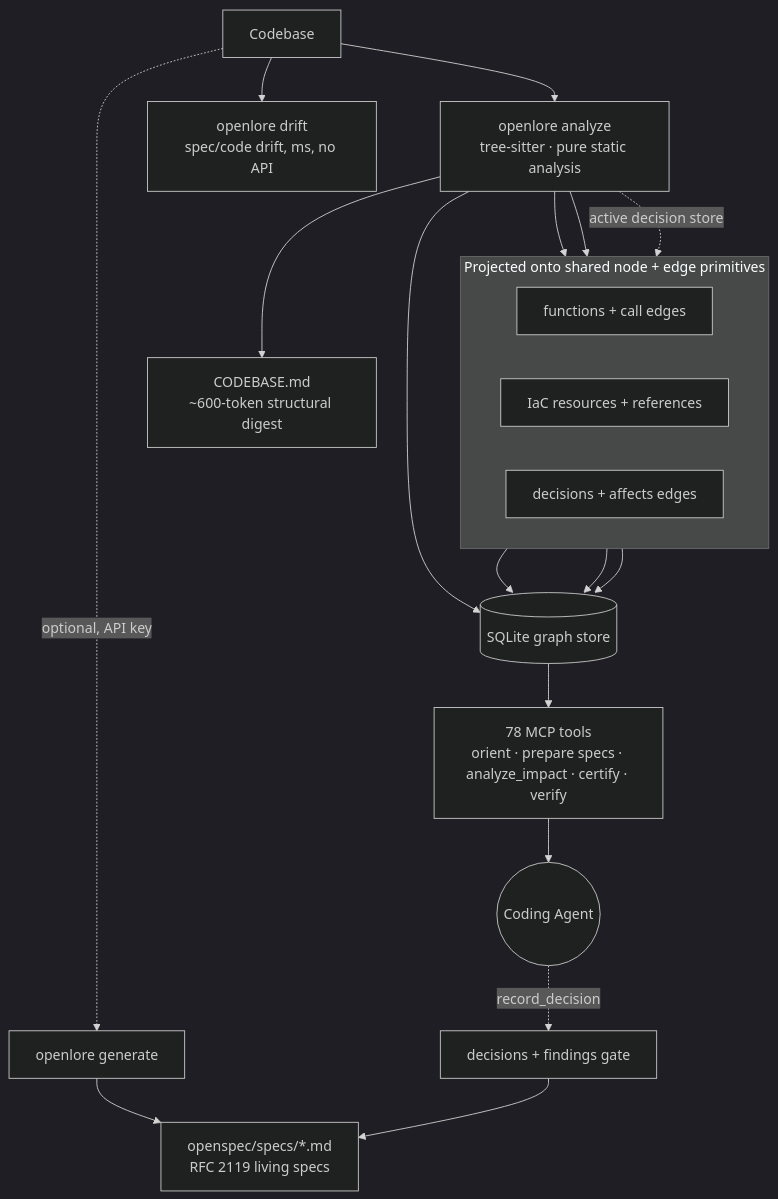
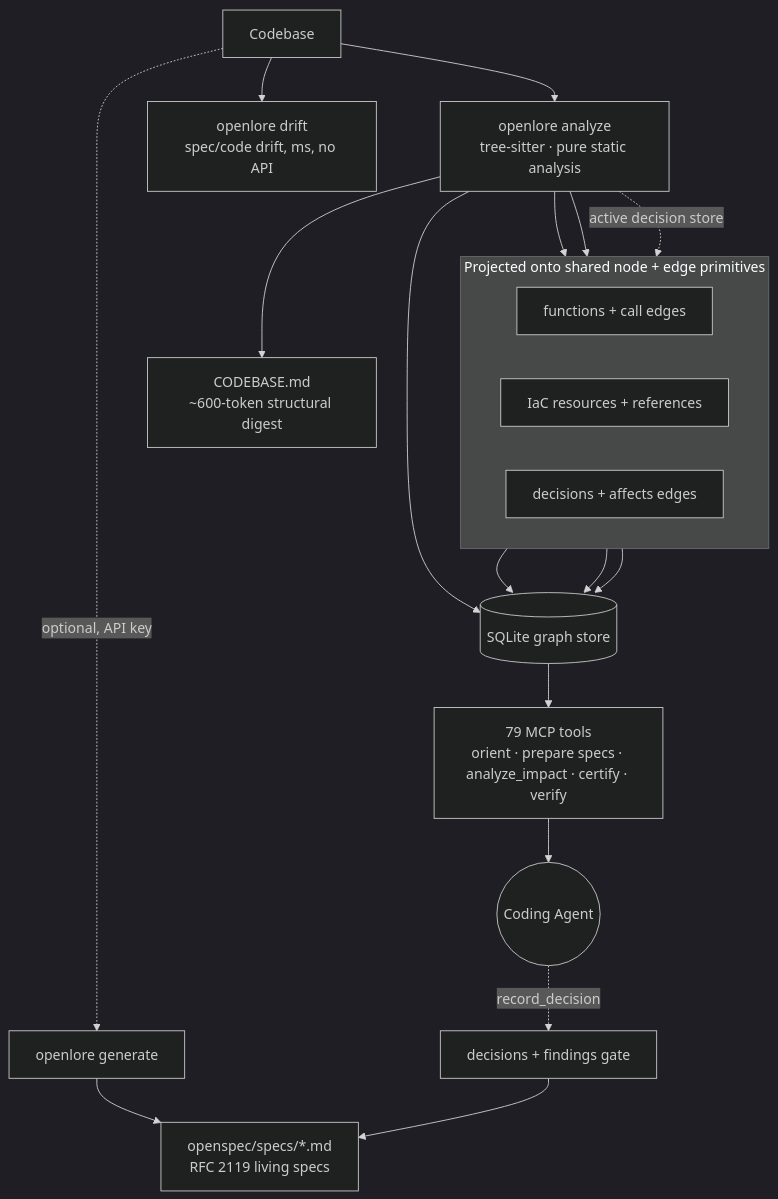
One commit to clay-good/OpenLore changed the diagram in README.md. Above: the diagram before and after it, drawn with Mermaid (dark theme). The commit also changed other lines of this file and 20 other files, not shown here.

````diff
--- a/README.md
+++ b/README.md
@@ -299,28 +299,28 @@
 ```mermaid
 flowchart TD
     Code[Codebase] --> Analyze[openlore analyze<br/>tree-sitter · pure static analysis]
     Analyze --> DB[(SQLite graph store)]
     Analyze --> Digest[CODEBASE.md<br/>~600-token structural digest]
 
     subgraph shared["Projected onto shared node + edge primitives"]
       direction LR
       CodeNodes[functions + call edges]
       Iac[IaC resources + references]
       Dec[decisions + affects edges]
     end
     Analyze --> CodeNodes
     Analyze --> Iac
     Analyze -. active decision store .-> Dec
     CodeNodes --> DB
     Iac --> DB
     Dec --> DB
 
-    DB --> MCP[78 MCP tools<br/>orient · prepare specs · analyze_impact · certify · verify]
+    DB --> MCP[79 MCP tools<br/>orient · prepare specs · analyze_impact · certify · verify]
     MCP --> Agent((Coding Agent))
 
     Code -. optional, API key .-> Gen[openlore generate]
     Gen --> Specs[openspec/specs/*.md<br/>RFC 2119 living specs]
     Code --> Drift[openlore drift<br/>spec/code drift, ms, no API]
     Agent -. record_decision .-> Gate[decisions + findings gate]
     Gate --> Specs
 ```
````
